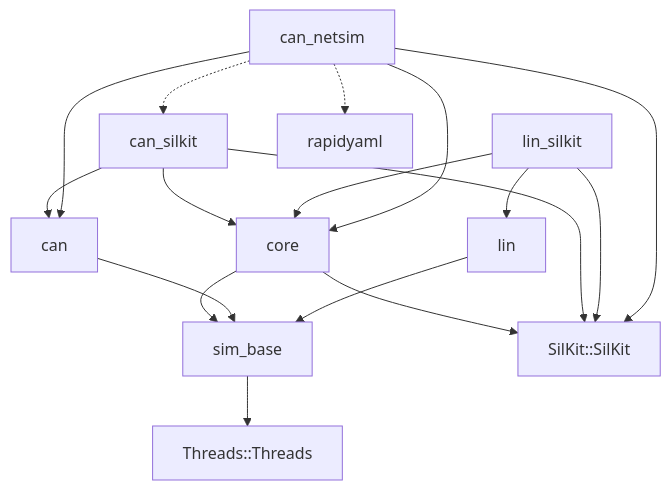
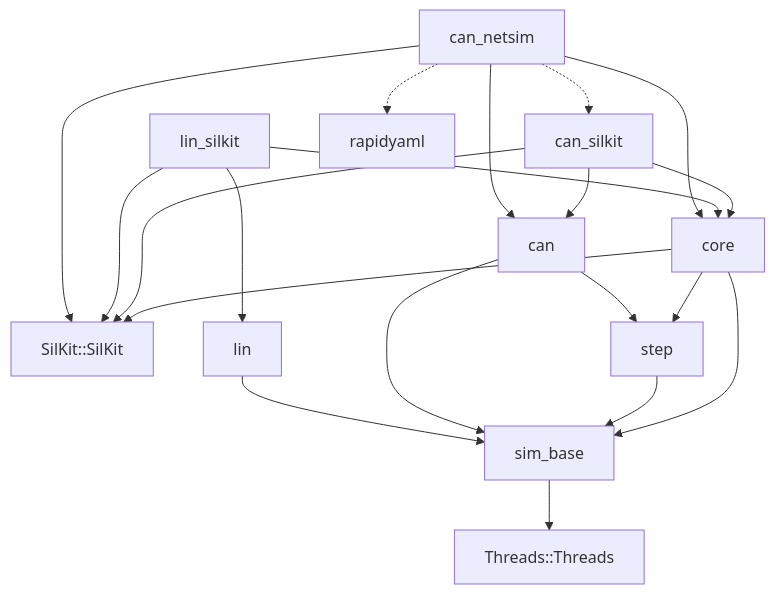
The second of 7 diagrams in docs/code-map.md (rahanahu/vehicle-sil), drawn with Mermaid before and after one commit. The commit also changed other lines of this file and 37 other files, not shown here.

First line of the commit message:
refactor(step): move the step host, the clocks and the two drivers out of the CAN library

````diff
--- a/docs/code-map.md
+++ b/docs/code-map.md
@@ -139,19 +141,22 @@
 ```mermaid
 flowchart TD
     sim_base --> Threads["Threads::Threads"]
     core --> SilKit["SilKit::SilKit"]
     core --> sim_base
+    core --> step
+    step --> sim_base
+    can --> step
     can --> sim_base
     lin --> sim_base
     can_silkit --> can
     can_silkit --> core
     can_silkit --> SilKit
     lin_silkit --> lin
     lin_silkit --> core
     lin_silkit --> SilKit
     can_netsim --> can
     can_netsim --> core
     can_netsim --> SilKit
     can_netsim -.-> can_silkit
     can_netsim -.-> rapidyaml
 ```
````
